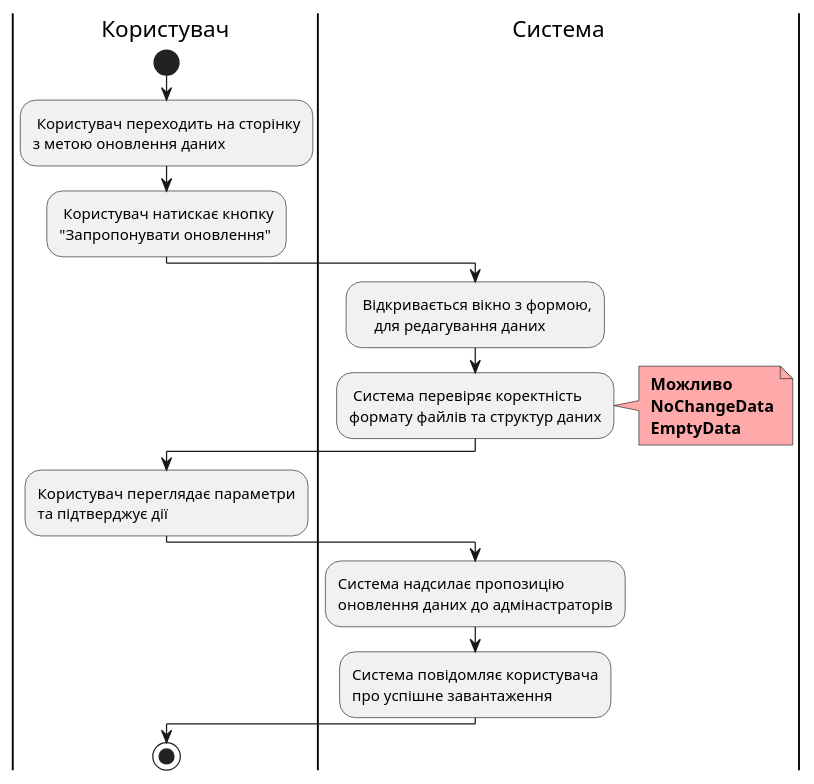
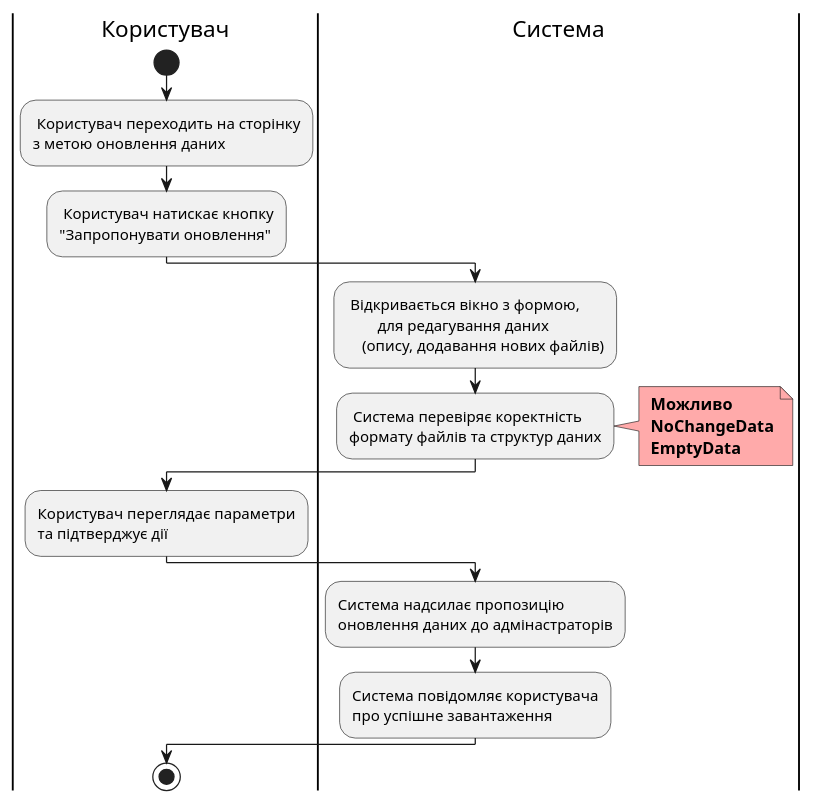
The diagram in docs/use cases/puml/use-case-10.puml (dimatortik/db-course-theme2), drawn with PlantUML before and after one commit. The commit also changed 7 other files, not shown here.

```diff
--- a/docs/use cases/puml/use-case-10.puml
+++ b/docs/use cases/puml/use-case-10.puml
@@ -8,29 +8,30 @@
 @startuml
     |Користувач|
         start
         : Користувач переходить на сторінку
         з метою оновлення даних;
         : Користувач натискає кнопку
         "Запропонувати оновлення";
     |Система|
         : Відкривається вікно з формою,
-            для редагування даних;
+                для редагування даних
+            (опису, додавання нових файлів);
         : Система перевіряє коректність
         формату файлів та структур даних;
         note right #ffaaaa
         <b> Можливо
         <b> NoChangeData
         <b> EmptyData
         end note
     |Користувач|
         :Користувач переглядає параметри
         та підтверджує дії;
     |Система|
         :Система надсилає пропозицію
         оновлення даних до адмінастраторів;
         :Система повідомляє користувача
         про успішне завантаження;
     |Користувач|
         stop;
 
 @enduml
```
